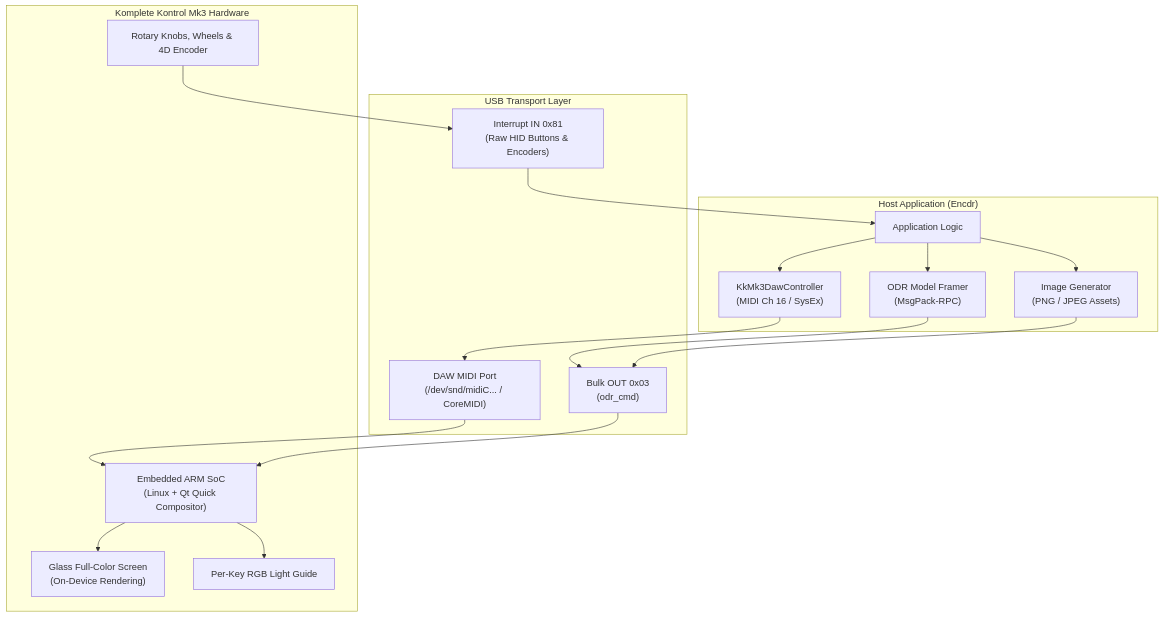
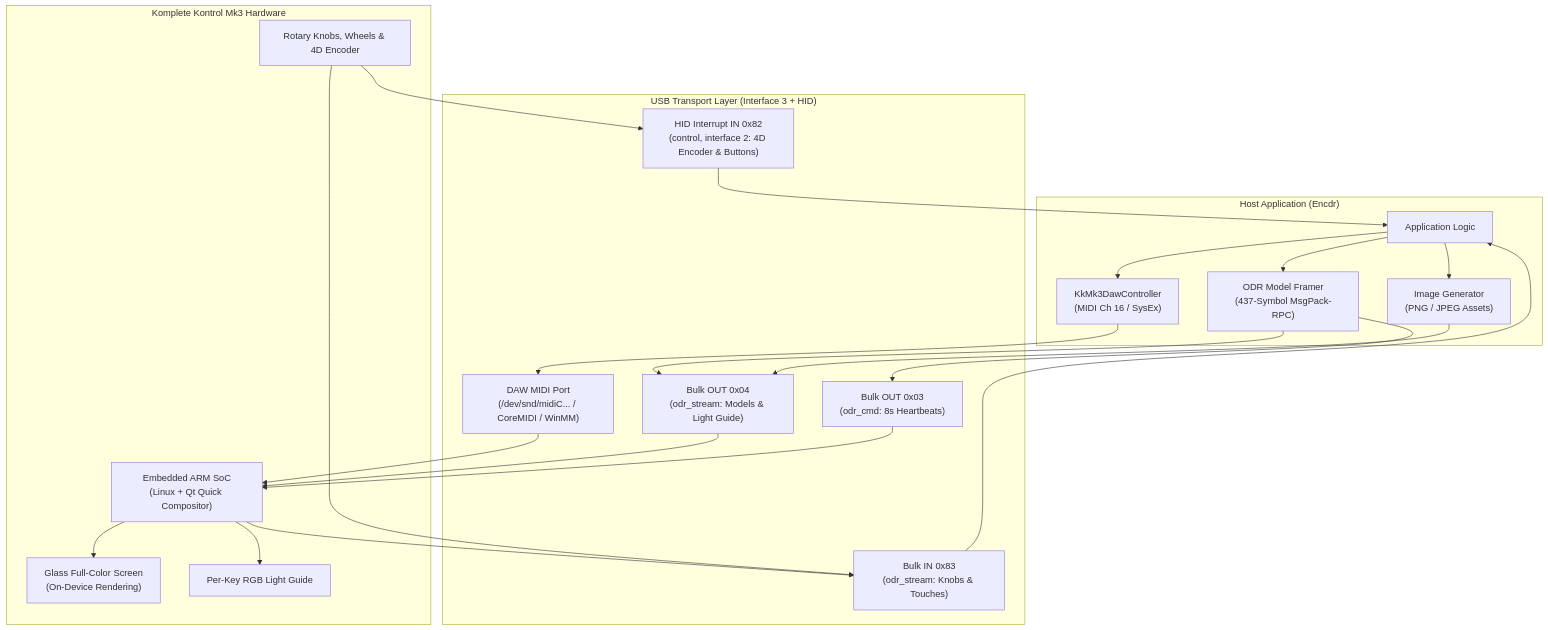
One commit to RufusIbiza/Encdr changed the diagram in docs/usage_kk_mk3.md. Above: the diagram before and after it, drawn with Mermaid. The commit also changed other lines of this file and 20 other files, not shown here.

First line of the commit message:
feat(kk-mk3): implement native ODR symbol registry, framing, and live event feedback

````diff
--- a/docs/usage_kk_mk3.md
+++ b/docs/usage_kk_mk3.md
@@ -18,38 +21,45 @@
 ```mermaid
 flowchart TD
     subgraph Host["Host Application (Encdr)"]
         App["Application Logic"]
         DawCtrl["KkMk3DawController\n(MIDI Ch 16 / SysEx)"]
-        OdrEngine["ODR Model Framer\n(MsgPack-RPC)"]
+        OdrEngine["ODR Model Framer\n(437-Symbol MsgPack-RPC)"]
         AssetCache["Image Generator\n(PNG / JPEG Assets)"]
     end
 
-    subgraph USB["USB Transport Layer"]
-        MidiPort["DAW MIDI Port\n(/dev/snd/midiC... / CoreMIDI)"]
-        BulkOut["Bulk OUT 0x03\n(odr_cmd)"]
-        IntIn["Interrupt IN 0x81\n(Raw HID Buttons & Encoders)"]
+    subgraph USB["USB Transport Layer (Interface 3 + HID)"]
+        MidiPort["DAW MIDI Port\n(/dev/snd/midiC... / CoreMIDI / WinMM)"]
+        StreamOut["Bulk OUT 0x04\n(odr_stream: Models & Light Guide)"]
+        CmdOut["Bulk OUT 0x03\n(odr_cmd: 8s Heartbeats)"]
+        StreamIn["Bulk IN 0x83\n(odr_stream: Knobs & Touches)"]
+        IntIn["HID Interrupt IN 0x82\n(control, interface 2: 4D Encoder & Buttons)"]
     end
 
     subgraph Keyboard["Komplete Kontrol Mk3 Hardware"]
         SoC["Embedded ARM SoC\n(Linux + Qt Quick Compositor)"]
         Screen["Glass Full-Color Screen\n(On-Device Rendering)"]
         LightGuide["Per-Key RGB Light Guide"]
         Surface["Rotary Knobs, Wheels & 4D Encoder"]
     end
 
     App --> DawCtrl
     App --> OdrEngine
     App --> AssetCache
 
     DawCtrl --> MidiPort
-    OdrEngine --> BulkOut
-    AssetCache --> BulkOut
+    OdrEngine --> StreamOut
+    OdrEngine --> CmdOut
+    AssetCache --> StreamOut
 
     MidiPort --> SoC
-    BulkOut --> SoC
+    StreamOut --> SoC
+    CmdOut --> SoC
+    SoC --> StreamIn
+    StreamIn --> App
     IntIn --> App
 
     SoC --> Screen
     SoC --> LightGuide
+    Surface --> StreamIn
     Surface --> IntIn
 ```
````
